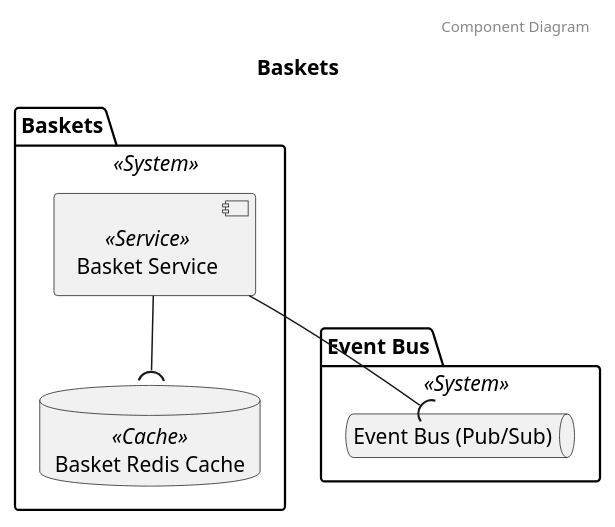
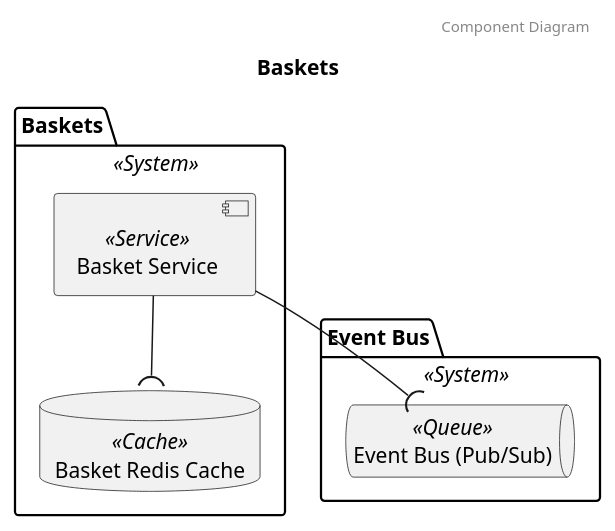
Before and after one commit to garrettsutula/example-trellis-project: the third of 4 diagrams in diagrams/systems/Baskets.puml, drawn with PlantUML. The commit also changed 5 other files, not shown here.

Commit message:
diagram update

```diff
--- a/diagrams/systems/Baskets.puml
+++ b/diagrams/systems/Baskets.puml
@@ -42,13 +42,13 @@
 @startuml Component Diagram Baskets
 header Component Diagram
 title Baskets
 package "Baskets" as Baskets_package <<System>>{
 	component "Basket Service" as Basket_Service <<Service>>
 	database "Basket Redis Cache" as Basket_Redis_Cache <<Cache>>
 }
 package "Event Bus" as Event_Bus_package <<System>>{
-	queue "Event Bus (Pub/Sub)" as Event_Bus_Pub_Sub
+	queue "Event Bus (Pub/Sub)" as Event_Bus_Pub_Sub <<Queue>>
 }
 	Basket_Service -down-( Basket_Redis_Cache
 	Basket_Service -down-( Event_Bus_Pub_Sub
 @enduml
```
